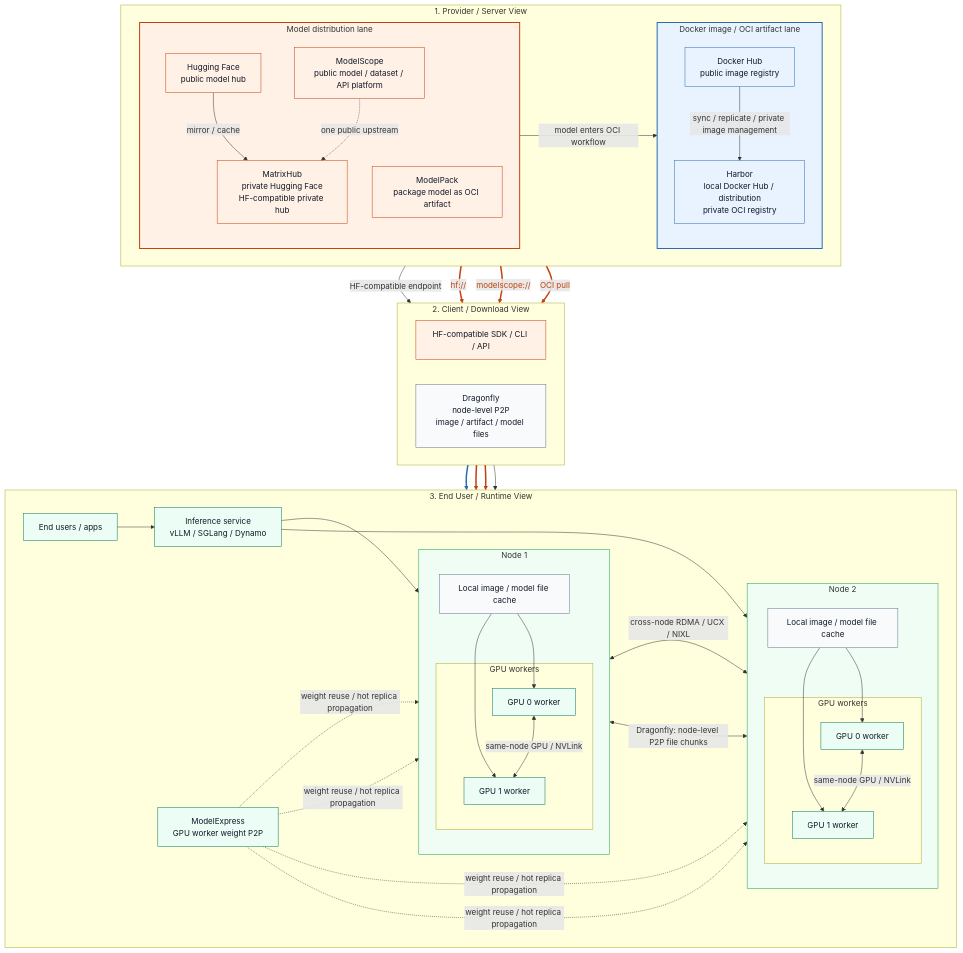
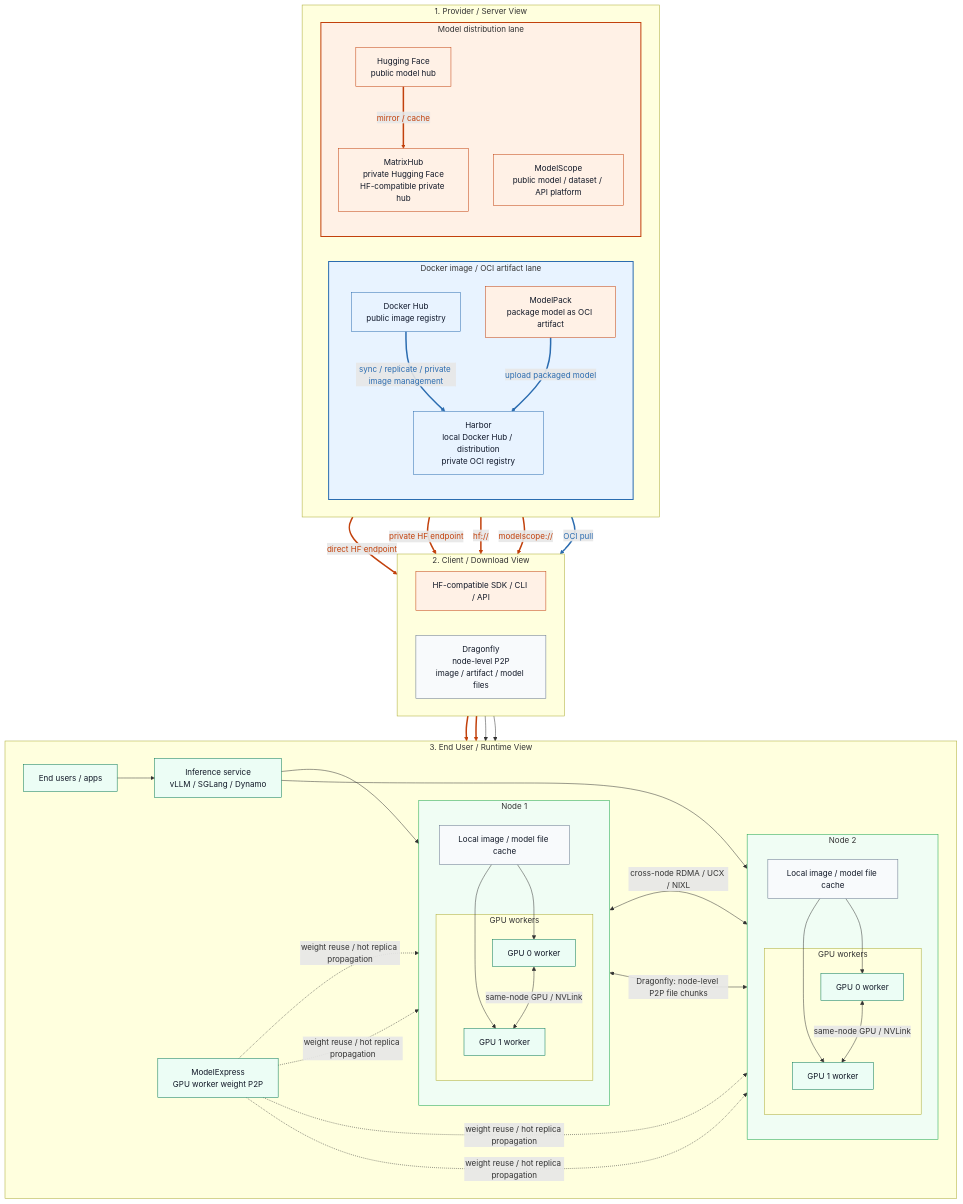
The first of 4 diagrams in docs/inference/model-distribution-stack.md (pacoxu/AI-Infra), drawn with Mermaid before and after one commit. The commit also changed other lines of this file and 1 other file, not shown here.

Commit message:
docs: fix HF and MatrixHub relationship in diagrams

````diff
--- a/docs/inference/model-distribution-stack.md
+++ b/docs/inference/model-distribution-stack.md
@@ -27,8 +27,10 @@
     subgraph OCI_LANE["Docker image / OCI artifact lane"]
       direction TB
       DH["Docker Hub<br/>public image registry"]
+      MP["ModelPack<br/>package model as OCI artifact"]
       HB["Harbor<br/>local Docker Hub / distribution<br/>private OCI registry"]
       DH -->|"sync / replicate / private image management"| HB
+      MP -->|"upload packaged model"| HB
     end
 
     subgraph MODEL_LANE["Model distribution lane"]
@@ -36,10 +38,7 @@
       HF["Hugging Face<br/>public model hub"]
       MS["ModelScope<br/>public model / dataset / API platform"]
       MX["MatrixHub<br/>private Hugging Face<br/>HF-compatible private hub"]
-      MP["ModelPack<br/>package model as OCI artifact"]
       HF -->|"mirror / cache"| MX
-      MS -. "one public upstream" .-> MX
-      MP -->|"model enters OCI workflow"| HB
     end
   end
 
@@ -74,7 +73,8 @@
     end
   end
 
-  MX -->|"HF-compatible endpoint"| PULL
+  HF -->|"direct HF endpoint"| PULL
+  MX -->|"private HF endpoint"| PULL
   HF -->|"hf://"| DF
   MS -->|"modelscope://"| DF
   HB -->|"OCI pull"| DF
@@ -112,6 +112,6 @@
   style MODEL_LANE fill:#fff1e6,stroke:#c2410c,stroke-width:2px
   style N1 fill:#f0fdf4,stroke:#16a34a,stroke-width:1px
   style N2 fill:#f0fdf4,stroke:#16a34a,stroke-width:1px
-  linkStyle 5,6,7,9,10 stroke:#c2410c,stroke-width:3px,color:#c2410c
-  linkStyle 8 stroke:#2b6cb0,stroke-width:3px,color:#2b6cb0
+  linkStyle 2,3,4,5,6,8,9 stroke:#c2410c,stroke-width:3px,color:#c2410c
+  linkStyle 0,1,7 stroke:#2b6cb0,stroke-width:3px,color:#2b6cb0
 ```
````
